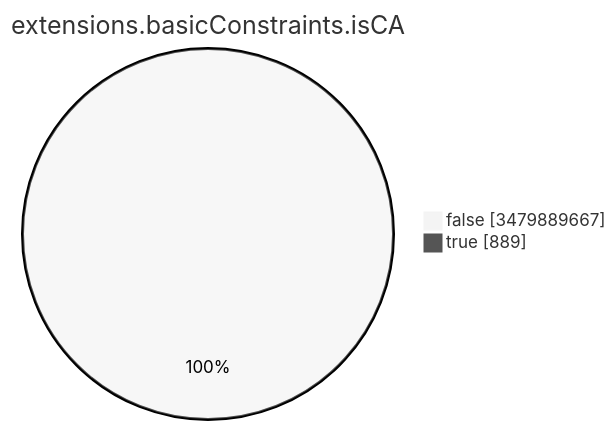
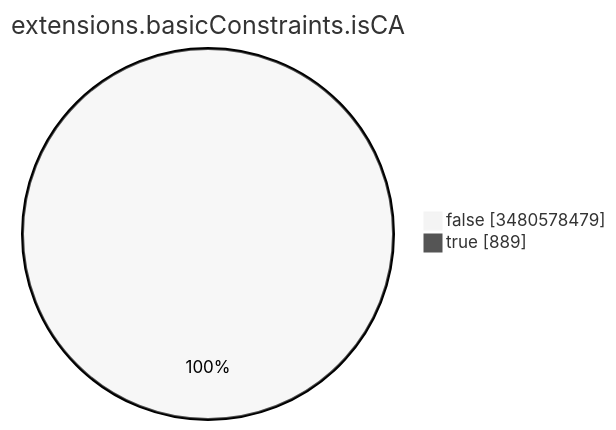
Before and after one commit to christiankrug/ctmonitor_visualization: the seventh of 15 diagrams in TOTAL/README.md, drawn with Mermaid (neutral theme). The commit also changed other lines of this file, not shown here.

````diff
--- a/TOTAL/README.md
+++ b/TOTAL/README.md
@@ -3093,6 +3093,6 @@
 ```mermaid
 pie showData
 title extensions.basicConstraints.isCA
-"false" :3479889667
+"false" :3480578479
 "true" :889
 ```
````
